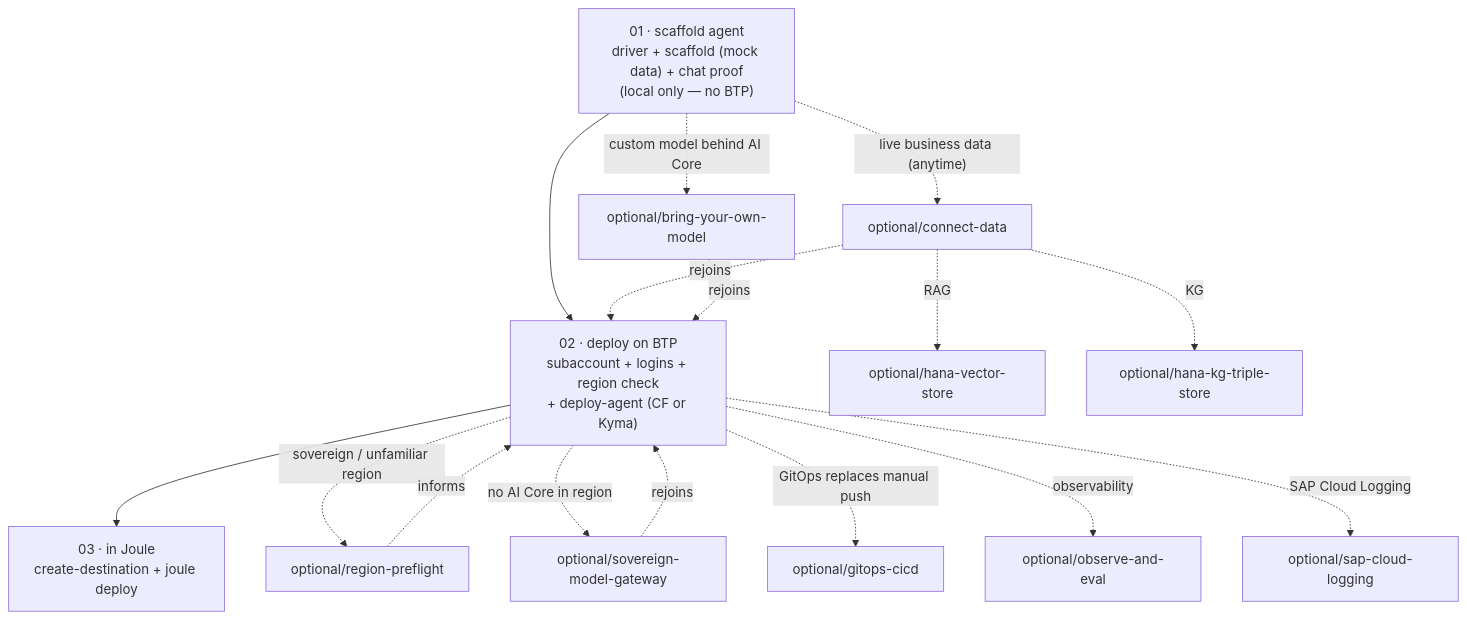
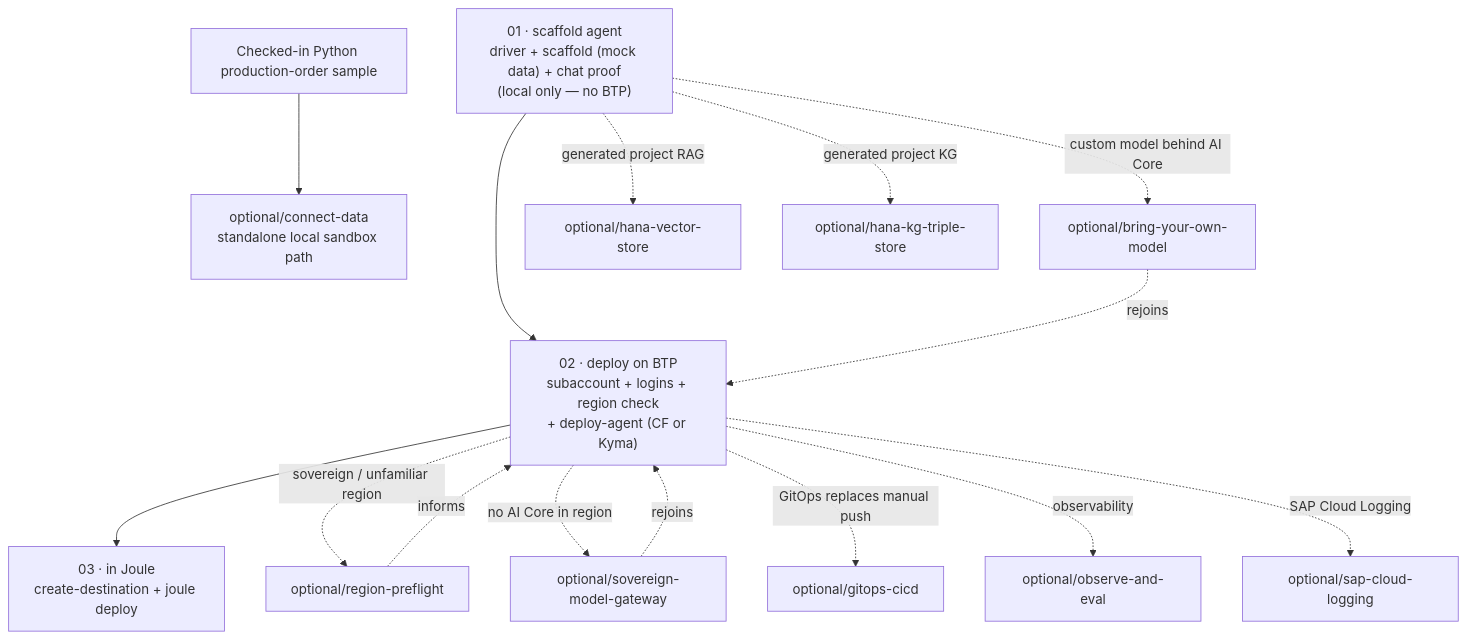
One commit to SAP/custom-agentic-cookbook changed the diagram in recipes/README.md. Above: the diagram before and after it, drawn with Mermaid. The commit also changed other lines of this file and 10 other files, not shown here.

Commit message:
fix: align connect-data with the public production-order sample

````diff
--- a/recipes/README.md
+++ b/recipes/README.md
@@ -29,21 +38,20 @@
 ```mermaid
 flowchart TD
     C1["01 · scaffold agent<br/>driver + scaffold (mock data) + chat proof<br/>(local only — no BTP)"] --> C2
     C2["02 · deploy on BTP<br/>subaccount + logins + region check<br/>+ deploy-agent (CF or Kyma)"] --> C3
     C3["03 · in Joule<br/>create-destination + joule deploy"]
 
-    C1 -. live business data (anytime) .-> D["optional/connect-data"]
-    D -. rejoins .-> C2
+    SAMPLE["Checked-in Python production-order sample"] --> D["optional/connect-data<br/>standalone local sandbox path"]
     C2 -. sovereign / unfamiliar region .-> P["optional/region-preflight"]
     P -. informs .-> C2
     C2 -. no AI Core in region .-> O1["optional/sovereign-model-gateway"]
     C1 -. custom model behind AI Core .-> O3["optional/bring-your-own-model"]
     O1 -. rejoins .-> C2
     O3 -. rejoins .-> C2
     C2 -. GitOps replaces manual push .-> O2["optional/gitops-cicd"]
 
-    D -. RAG .-> W1["optional/hana-vector-store"]
-    D -. KG .-> W2["optional/hana-kg-triple-store"]
+    C1 -. generated project RAG .-> W1["optional/hana-vector-store"]
+    C1 -. generated project KG .-> W2["optional/hana-kg-triple-store"]
     C2 -. observability .-> W3["optional/observe-and-eval"]
     C2 -. SAP Cloud Logging .-> W4["optional/sap-cloud-logging"]
 ```
````
